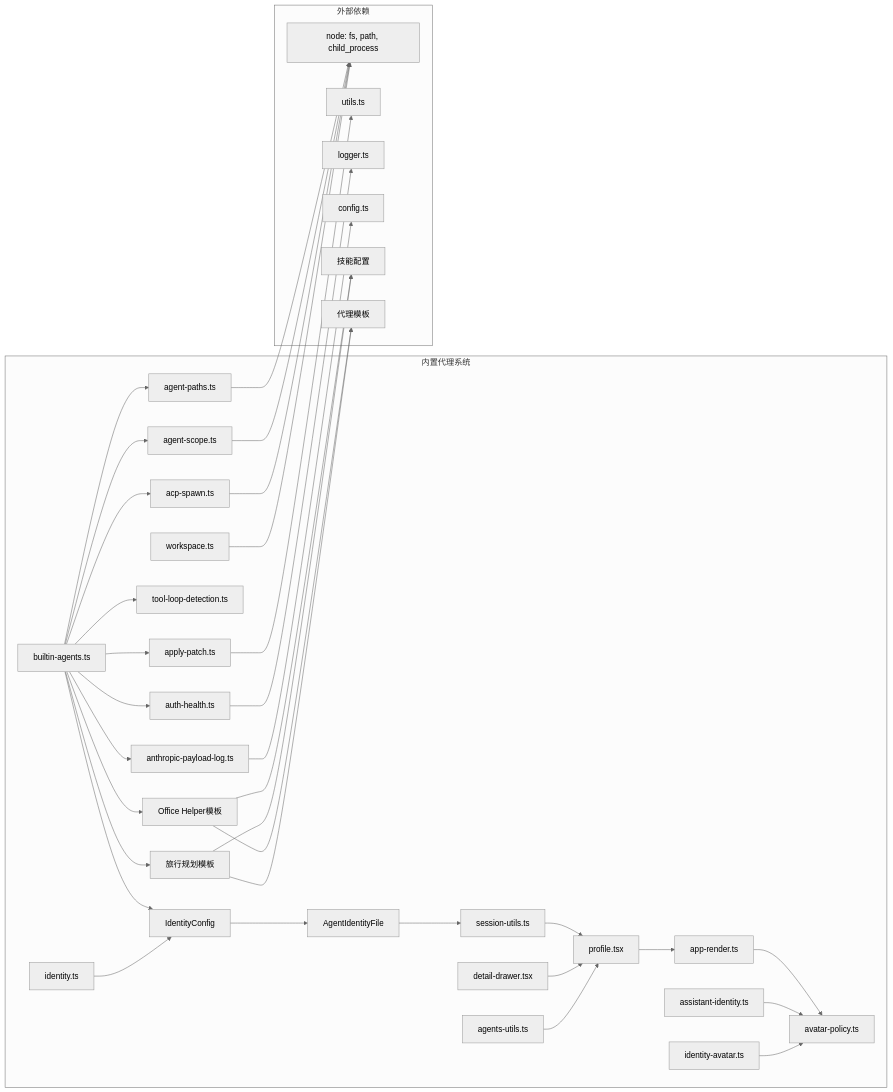
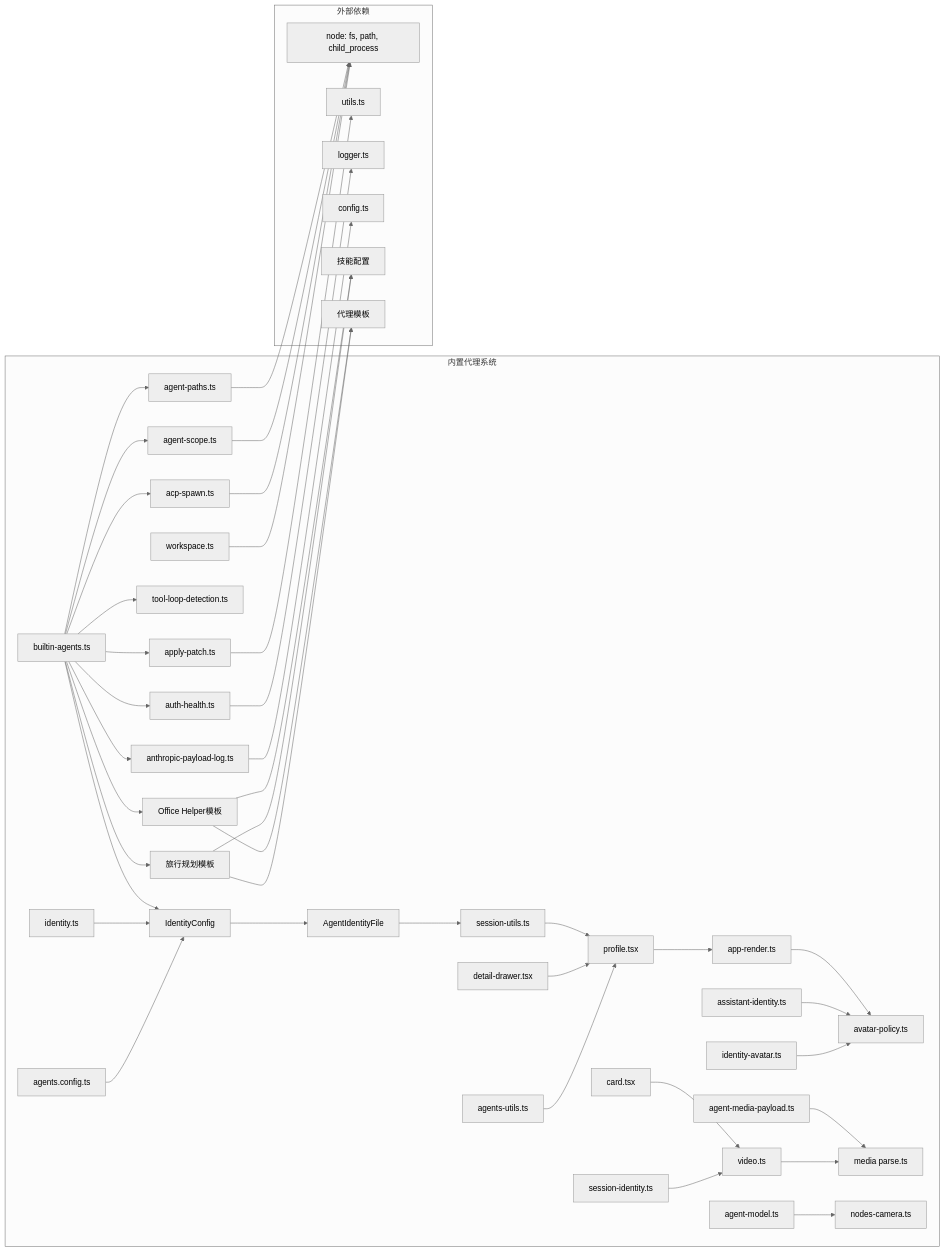
Diagram 15 of 16 in .qoder/repowiki/zh/content/Builtin Agents System.md (verse-ai-org/openclaw), drawn with Mermaid (neutral theme) before and after one commit. The commit also changed other lines of this file and 27 other files, not shown here.

````diff
--- a/.qoder/repowiki/zh/content/Builtin Agents System.md
+++ b/.qoder/repowiki/zh/content/Builtin Agents System.md
@@ -632,66 +701,80 @@
 ```mermaid
 graph LR
 subgraph "内置代理系统"
 BA[builtin-agents.ts]
 AP[agent-paths.ts]
 AS[agent-scope.ts]
 ACSP[acp-spawn.ts]
 APP[apply-patch.ts]
 TLD[tool-loop-detection.ts]
 AH[auth-health.ts]
 APL[anthropic-payload-log.ts]
 OHT[Office Helper模板]
 TPT[旅行规划模板]
 IC[IdentityConfig]
 AIF[AgentIdentityFile]
 SU[session-utils.ts]
 PR[profile.tsx]
 AR[app-render.ts]
 APC[avatar-policy.ts]
 WS[workspace.ts]
 AID[assistant-identity.ts]
 AID2[identity.ts]
 IA[identity-avatar.ts]
 DD[detail-drawer.tsx]
 AU[agents-utils.ts]
+ACFG[agents.config.ts]
+CARD[card.tsx]
+AMP[agent-media-payload.ts]
+ZS[agent-model.ts]
+SID[session-identity.ts]
+PARSE[media parse.ts]
+CAM[nodes-camera.ts]
+VID[video.ts]
 end
 subgraph "外部依赖"
 Node[node: fs, path, child_process]
 Utils[utils.ts]
 Logger[logger.ts]
 Config[config.ts]
 Skills[技能配置]
 Templates[代理模板]
 end
 BA --> AP
 BA --> AS
 BA --> ACSP
 BA --> APP
 BA --> TLD
 BA --> AH
 BA --> APL
 BA --> OHT
 BA --> TPT
 BA --> IC
 IC --> AIF
 AIF --> SU
 SU --> PR
 PR --> AR
 AR --> APC
 OHT --> Skills
 TPT --> Skills
 OHT --> Templates
 TPT --> Templates
 AP --> Node
 AS --> Node
 ACSP --> Node
 APP --> Utils
 AH --> Logger
 APL --> Config
 WS --> Node
 AID --> APC
 AID2 --> IC
 IA --> APC
 DD --> PR
 AU --> PR
+ACFG --> IC
+CARD --> VID
+AMP --> PARSE
+ZS --> CAM
+SID --> VID
+VID --> PARSE
 ```
````
